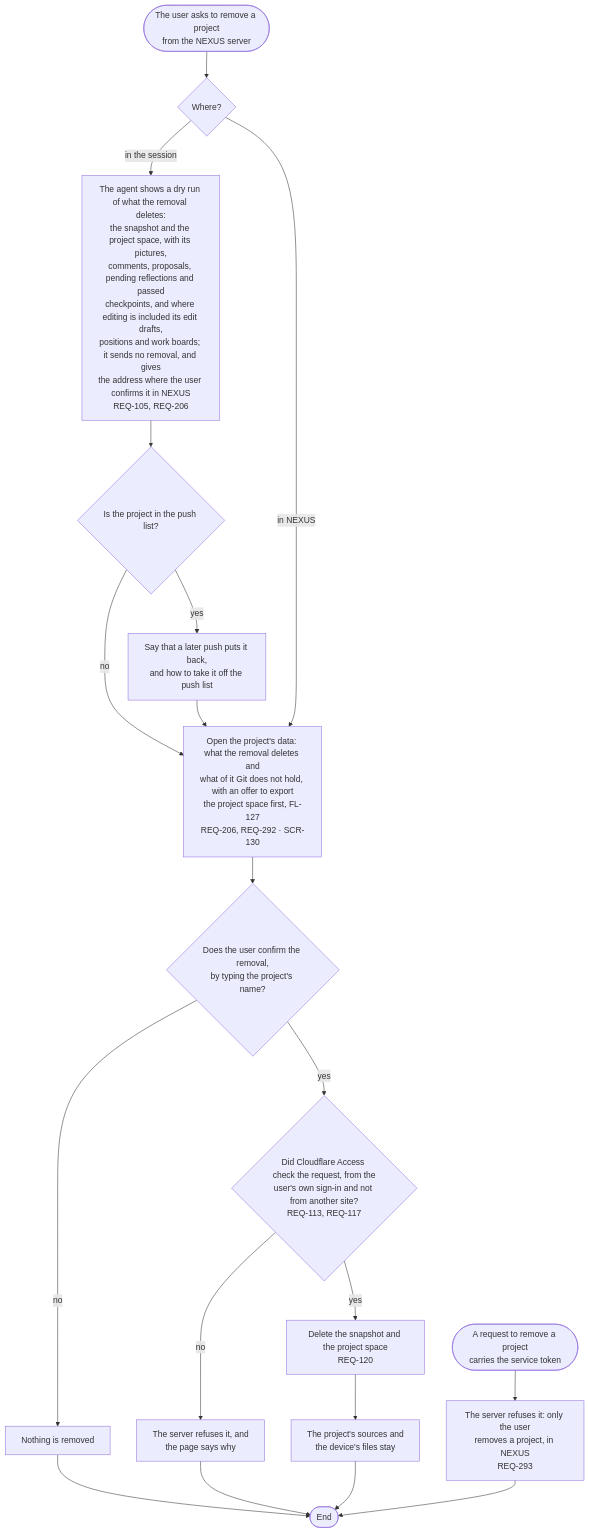
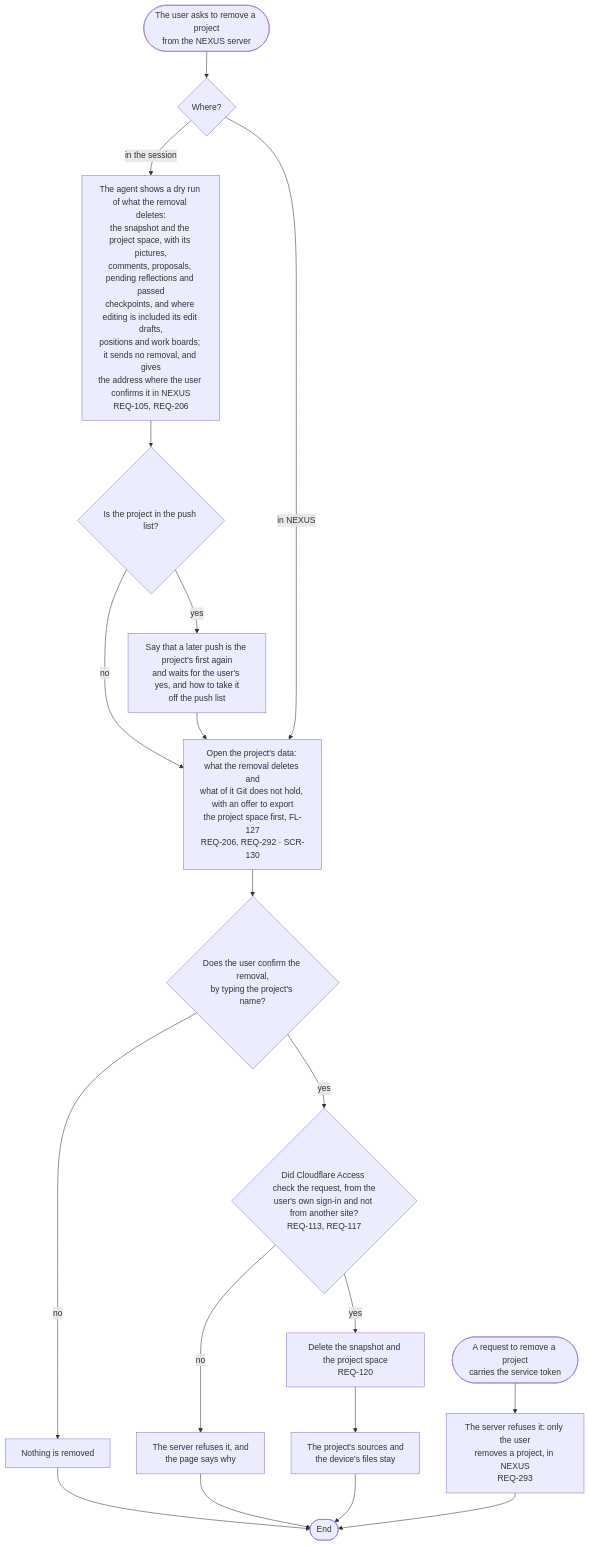
One commit to kodonghui/corthex-nexus changed the diagram in docs/03-user-flow/nexus/FL-114-remove-a-project.md. Above: the diagram before and after it, drawn with Mermaid. The commit also changed other lines of this file and 10 other files, not shown here.

````diff
--- a/docs/03-user-flow/nexus/FL-114-remove-a-project.md
+++ b/docs/03-user-flow/nexus/FL-114-remove-a-project.md
@@ -9,21 +9,21 @@
 ```mermaid
 flowchart TD
   A(["The user asks to remove a project<br/>from the NEXUS server"]) --> B{"Where?"}
   B -->|in the session| B1["The agent shows a dry run of what the removal deletes:<br/>the snapshot and the project space, with its pictures,<br/>comments, proposals, pending reflections and passed<br/>checkpoints, and where editing is included its edit drafts,<br/>positions and work boards; it sends no removal, and gives<br/>the address where the user confirms it in NEXUS<br/>REQ-105, REQ-206"]
   B1 --> B2{"Is the project in the push list?"}
-  B2 -->|yes| B3["Say that a later push puts it back,<br/>and how to take it off the push list"]
+  B2 -->|yes| B3["Say that a later push is the project's first again<br/>and waits for the user's yes, and how to take it<br/>off the push list"]
   B2 -->|no| C
   B3 --> C
   B -->|in NEXUS| C["Open the project's data: what the removal deletes and<br/>what of it Git does not hold, with an offer to export<br/>the project space first, FL-127<br/>REQ-206, REQ-292 · SCR-130"]
   C --> D{"Does the user confirm the removal,<br/>by typing the project's name?"}
   D -->|no| D1["Nothing is removed"]
   D1 --> Z(["End"])
   D -->|yes| E{"Did Cloudflare Access check the request, from the<br/>user's own sign-in and not from another site?<br/>REQ-113, REQ-117"}
   E -->|no| E1["The server refuses it, and<br/>the page says why"]
   E1 --> Z
   E -->|yes| F["Delete the snapshot and the project space<br/>REQ-120"]
   F --> G["The project's sources and<br/>the device's files stay"]
   G --> Z
   X(["A request to remove a project<br/>carries the service token"]) --> X1["The server refuses it: only the user<br/>removes a project, in NEXUS<br/>REQ-293"]
   X1 --> Z
 ```
````
